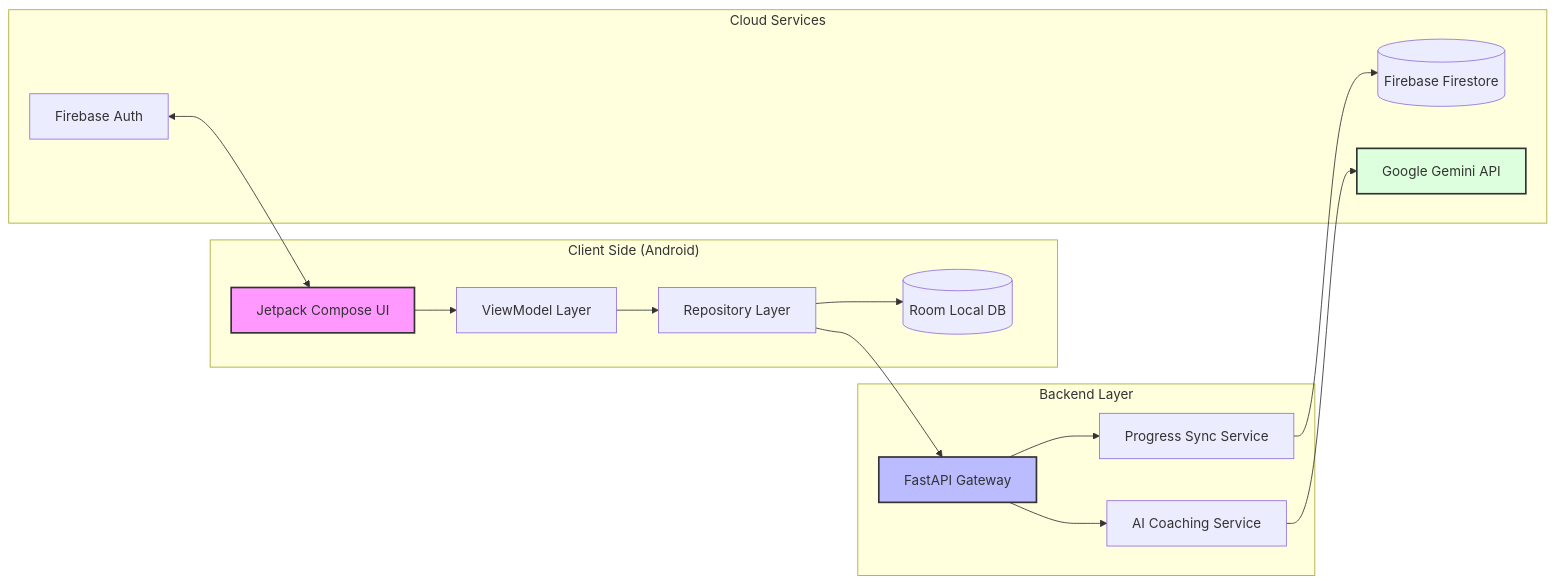
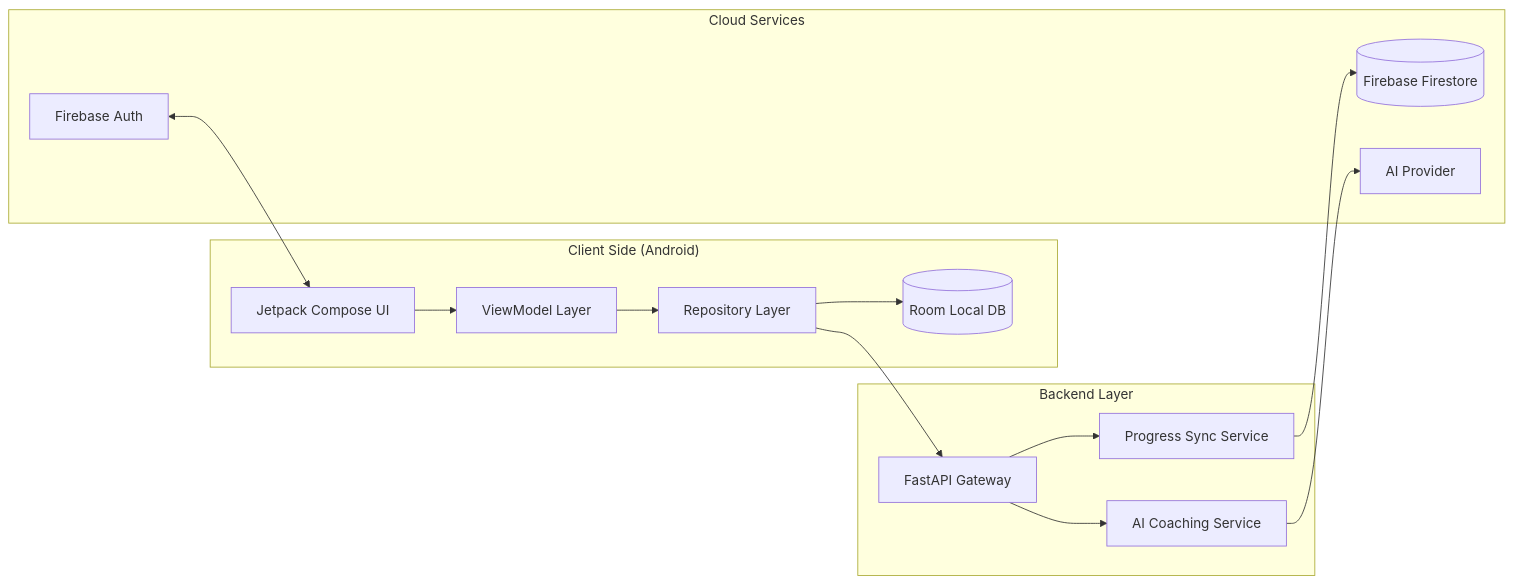
Before and after one commit to THARUN-GOWDA-K/AksharaDeepa-Tutor-App: the diagram in AksharaDeepaTutor/README.md, drawn with Mermaid. The commit also changed other lines of this file and 5 other files, not shown here.

````diff
--- a/AksharaDeepaTutor/README.md
+++ b/AksharaDeepaTutor/README.md
@@ -82,24 +72,20 @@
 ```mermaid
 graph LR
     subgraph "Client Side (Android)"
     UI[Jetpack Compose UI] --> VM[ViewModel Layer]
     VM --> Repo[Repository Layer]
     Repo --> Room[(Room Local DB)]
     end
 
     subgraph "Backend Layer"
     Repo --> API[FastAPI Gateway]
     API --> Sync[Progress Sync Service]
     API --> AI[AI Coaching Service]
     end
 
     subgraph "Cloud Services"
     Sync --> Firestore[(Firebase Firestore)]
-    AI --> Gemini[Google Gemini API]
+    AI --> Gemini[AI Provider]
     Auth[Firebase Auth] <--> UI
     end
-
-    style UI fill:#f9f,stroke:#333,stroke-width:2px
-    style API fill:#bbf,stroke:#333,stroke-width:2px
-    style Gemini fill:#dfd,stroke:#333,stroke-width:2px
 ```
````
